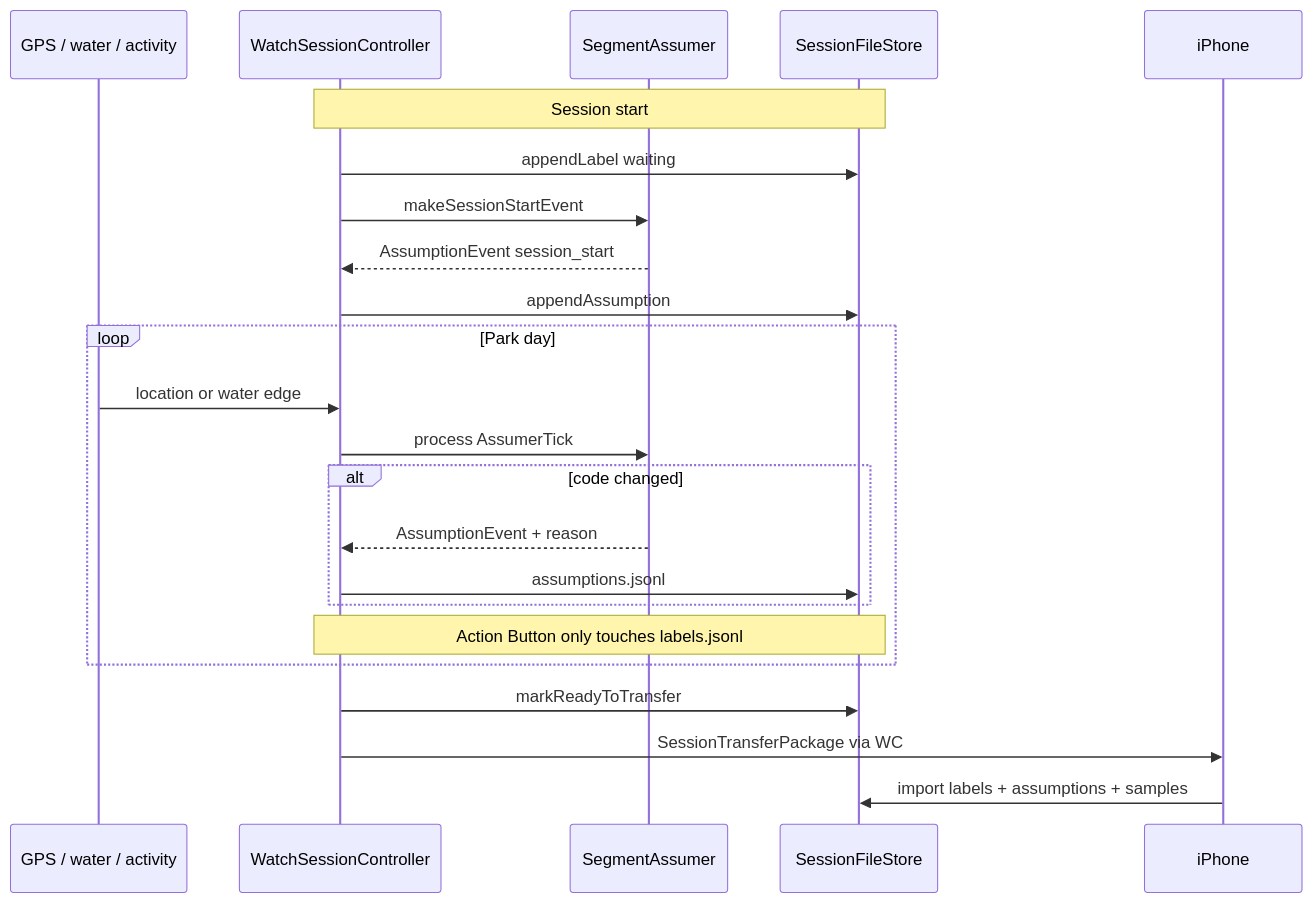
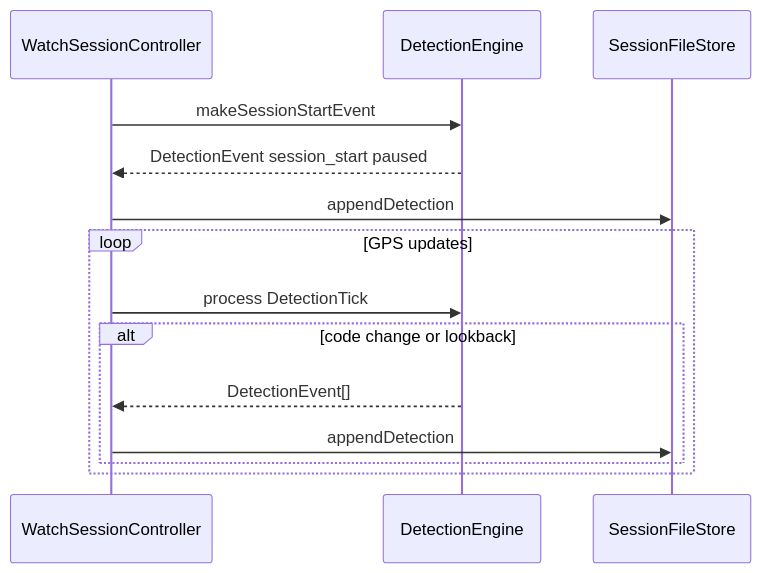
The second of 2 diagrams in Docs/DESIGN.md (DCSBL/rppl), drawn with Mermaid before and after one commit. The commit also changed other lines of this file and 35 other files, not shown here.

First line of the commit message:
feat(core): replace Assumer with ride/pause DetectionEngine

````diff
--- a/Docs/DESIGN.md
+++ b/Docs/DESIGN.md
@@ -50,28 +42,16 @@
 ```mermaid
 sequenceDiagram
-  participant Sensor as GPS / water / activity
   participant WSC as WatchSessionController
-  participant Assumer as SegmentAssumer
+  participant Engine as DetectionEngine
   participant Store as SessionFileStore
-  participant Phone as iPhone
-
-  Note over WSC,Store: Session start
-  WSC->>Store: appendLabel waiting
-  WSC->>Assumer: makeSessionStartEvent
-  Assumer-->>WSC: AssumptionEvent session_start
-  WSC->>Store: appendAssumption
-
-  loop Park day
-    Sensor->>WSC: location or water edge
-    WSC->>Assumer: process AssumerTick
-    alt code changed
-      Assumer-->>WSC: AssumptionEvent + reason
-      WSC->>Store: assumptions.jsonl
+  WSC->>Engine: makeSessionStartEvent
+  Engine-->>WSC: DetectionEvent session_start paused
+  WSC->>Store: appendDetection
+  loop GPS updates
+    WSC->>Engine: process DetectionTick
+    alt code change or lookback
+      Engine-->>WSC: DetectionEvent[]
+      WSC->>Store: appendDetection
     end
-    Note over WSC,Store: Action Button only touches labels.jsonl
   end
-
-  WSC->>Store: markReadyToTransfer
-  WSC->>Phone: SessionTransferPackage via WC
-  Phone->>Store: import labels + assumptions + samples
 ```
````
